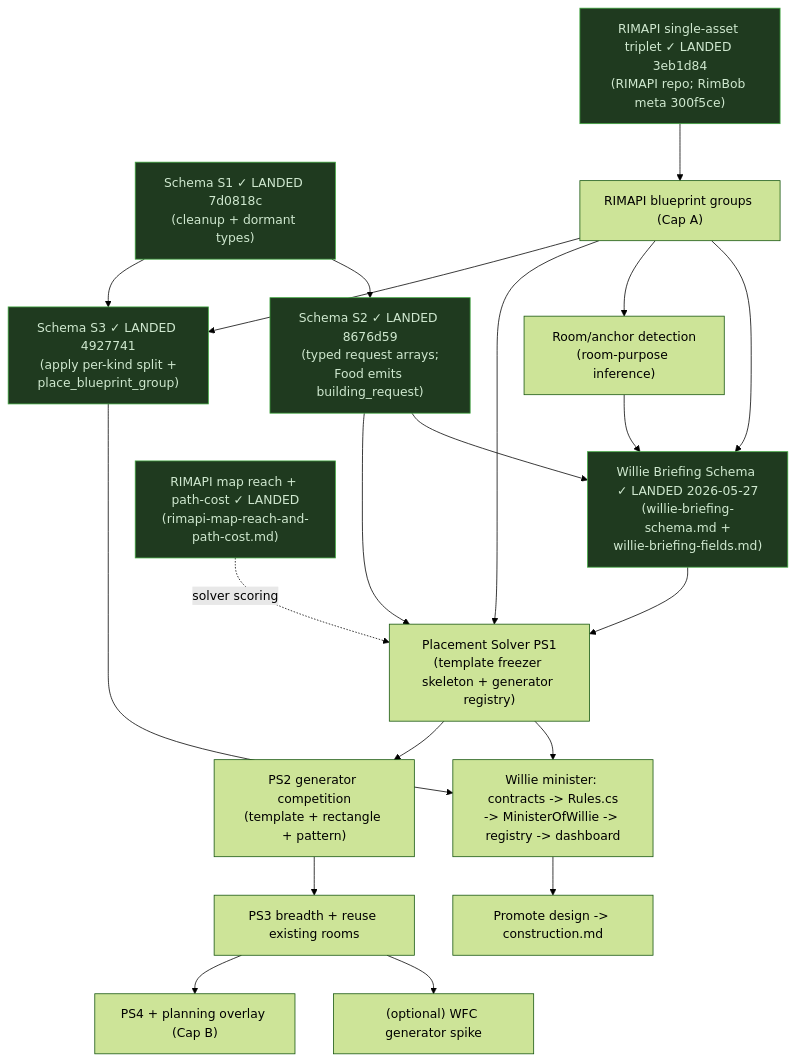
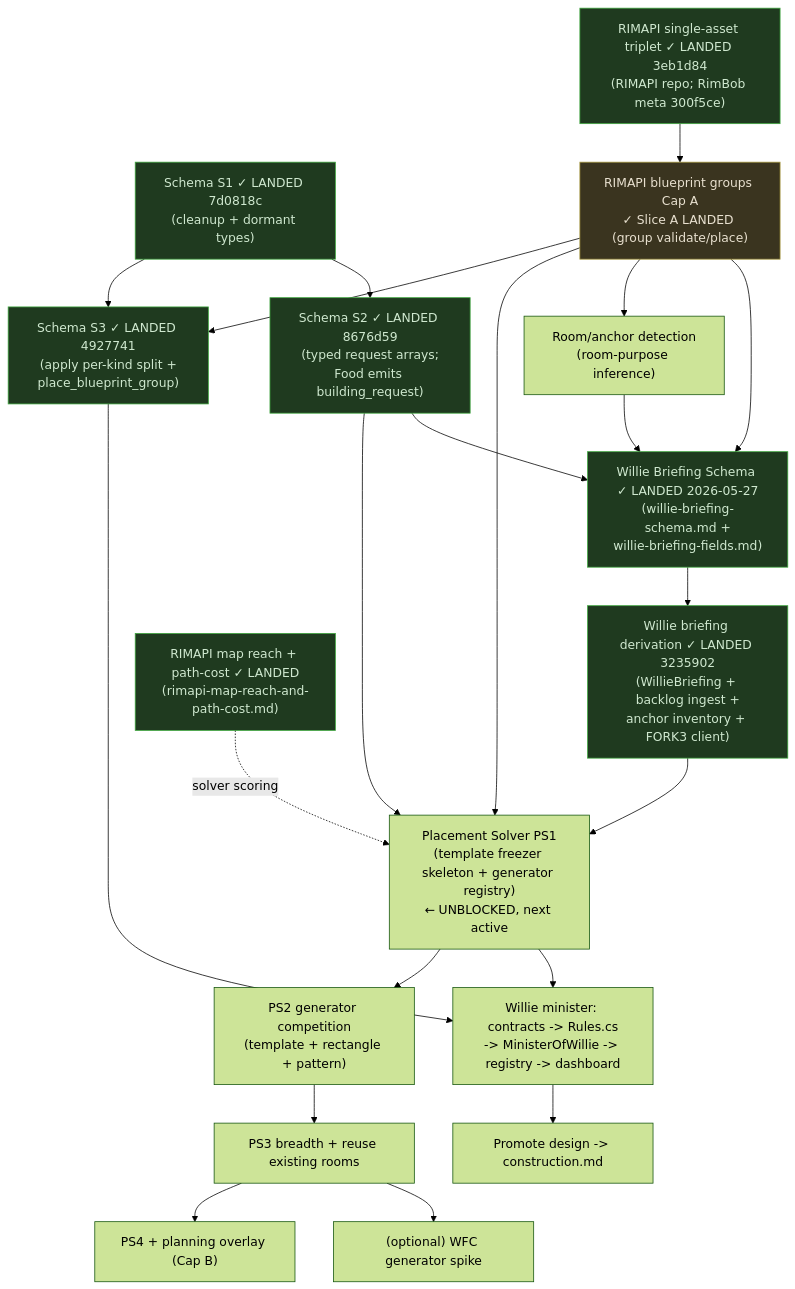
The diagram in .plans/willie-meta-plan.md (ocaspi-sc/RimBob), drawn with Mermaid (forest theme) before and after one commit. The commit also changed other lines of this file, not shown here.

First line of the commit message:
[plans] willie-meta-plan: mark briefing-derivation + FORK2 Slice A landed

````diff
--- a/.plans/willie-meta-plan.md
+++ b/.plans/willie-meta-plan.md
@@ -155,24 +155,27 @@
 ```mermaid
 flowchart TD
   S1["Schema S1 ✓ LANDED 7d0818c<br/>(cleanup + dormant types)"] --> S2["Schema S2 ✓ LANDED 8676d59<br/>(typed request arrays;<br/>Food emits building_request)"]
-  FORK1["RIMAPI single-asset triplet ✓ LANDED 3eb1d84<br/>(RIMAPI repo; RimBob meta 300f5ce)"] --> FORK2["RIMAPI blueprint groups (Cap A)"]
+  FORK1["RIMAPI single-asset triplet ✓ LANDED 3eb1d84<br/>(RIMAPI repo; RimBob meta 300f5ce)"] --> FORK2["RIMAPI blueprint groups Cap A<br/>✓ Slice A LANDED (group validate/place)"]
   S2 --> SCHEMA["Willie Briefing Schema ✓ LANDED 2026-05-27<br/>(willie-briefing-schema.md +<br/>willie-briefing-fields.md)"]
   FORK2 --> SCHEMA
   FORK2 --> ROOM["Room/anchor detection<br/>(room-purpose inference)"]
   ROOM --> SCHEMA
-  SCHEMA --> PS1["Placement Solver PS1<br/>(template freezer skeleton + generator registry)"]
+  SCHEMA --> DERIV["Willie briefing derivation ✓ LANDED 3235902<br/>(WillieBriefing + backlog ingest +<br/>anchor inventory + FORK3 client)"]
+  DERIV --> PS1["Placement Solver PS1<br/>(template freezer skeleton + generator registry)<br/>← UNBLOCKED, next active"]
   S2 --> PS1
   FORK2 --> PS1
   FORK3["RIMAPI map reach + path-cost ✓ LANDED<br/>(rimapi-map-reach-and-path-cost.md)"] -.solver scoring.-> PS1
   PS1 --> WILLIE["Willie minister: contracts -> Rules.cs<br/>-> MinisterOfWillie -> registry -> dashboard"]
   S1 --> S3["Schema S3 ✓ LANDED 4927741<br/>(apply per-kind split +<br/>place_blueprint_group)"]
   FORK2 --> S3
   S3 --> WILLIE
   PS1 --> PS2["PS2 generator competition<br/>(template + rectangle + pattern)"] --> PS3["PS3 breadth + reuse existing rooms"]
   WILLIE --> PROMOTE["Promote design -> construction.md"]
   PS3 --> WFC["(optional) WFC generator spike"]
   PS3 --> PSB["PS4 + planning overlay (Cap B)"]
 
   classDef done fill:#1f3a1f,stroke:#3fa83f,color:#cfe8cf;
-  class S1,S2,S3,FORK1,FORK3,SCHEMA done;
+  class S1,S2,S3,FORK1,FORK3,SCHEMA,DERIV done;
+  classDef partial fill:#3a341f,stroke:#a8993f,color:#e8e0cf;
+  class FORK2 partial;
 ```
````
